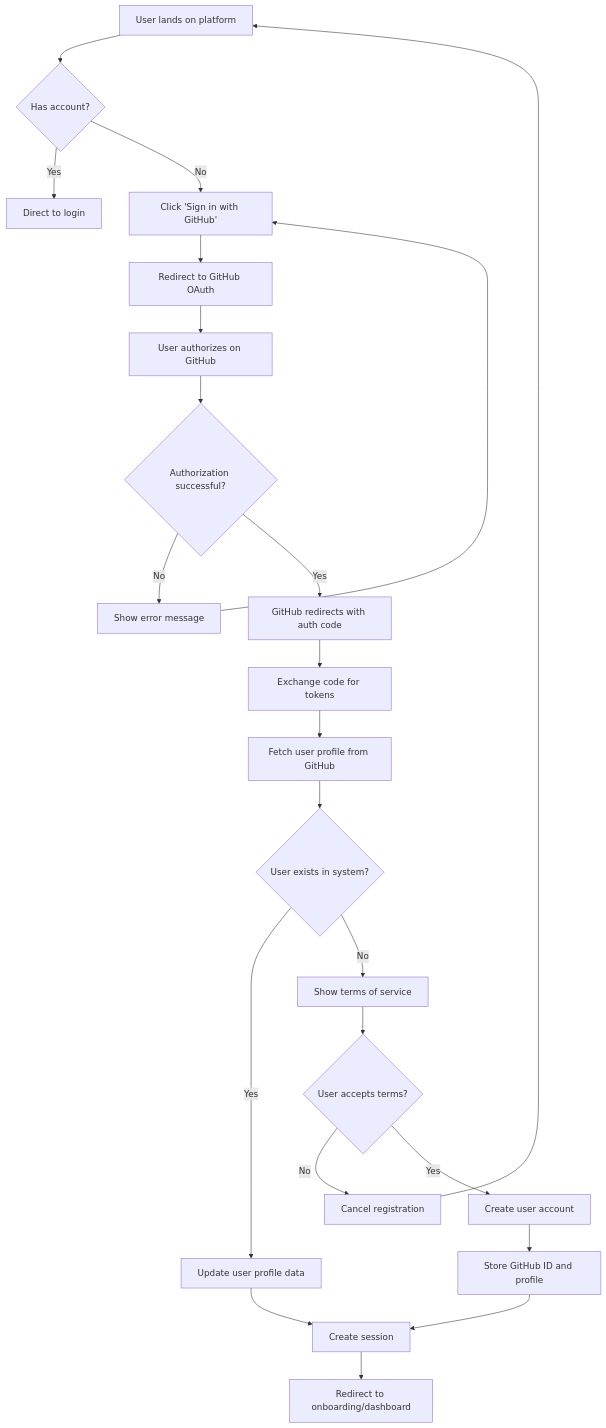
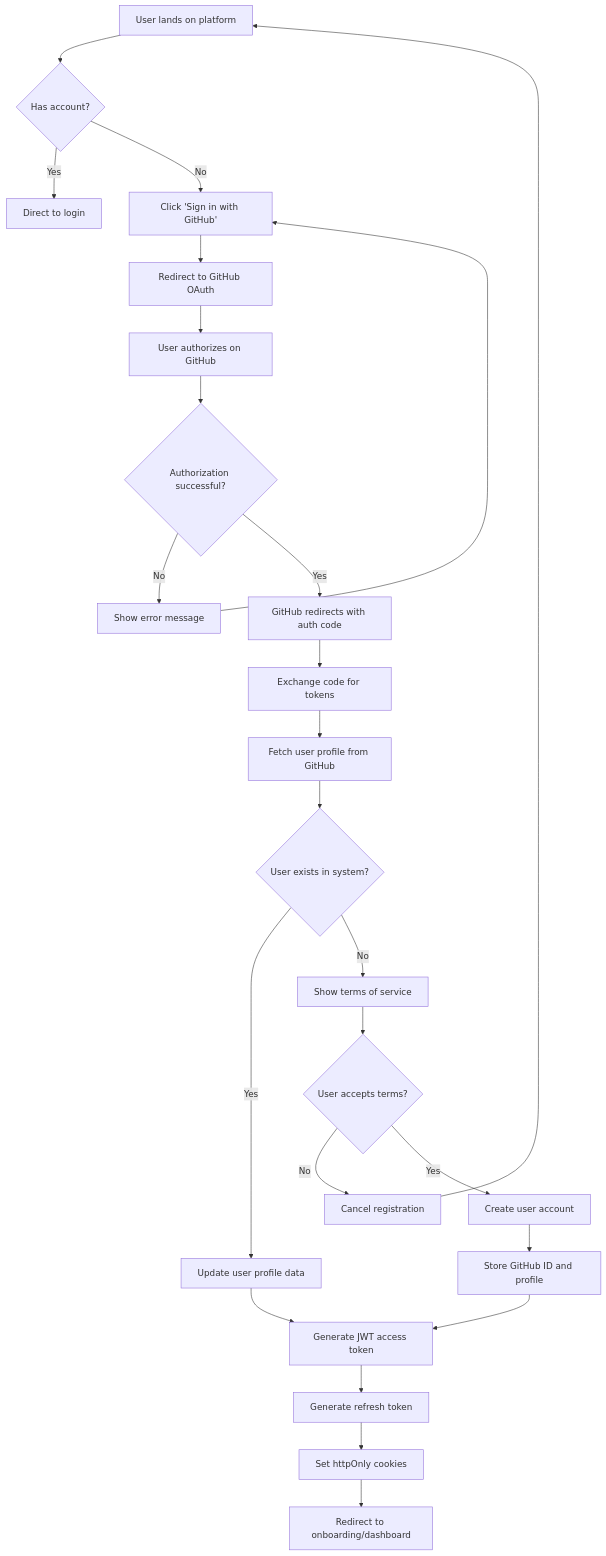
The diagram in docs/content/r&d/user-journeys/0001-user-registration.md (z5labs/battlebots), drawn with Mermaid before and after one commit. The commit also changed other lines of this file and 3 other files, not shown here.

````diff
--- a/docs/content/r&d/user-journeys/0001-user-registration.md
+++ b/docs/content/r&d/user-journeys/0001-user-registration.md
@@ -35,25 +35,27 @@
 ```mermaid
 graph TD
     A[User lands on platform] --> B{Has account?}
     B -->|Yes| C[Direct to login]
     B -->|No| D[Click 'Sign in with GitHub']
     D --> E[Redirect to GitHub OAuth]
     E --> F[User authorizes on GitHub]
     F --> G{Authorization successful?}
     G -->|No| H[Show error message]
     H --> D
     G -->|Yes| I[GitHub redirects with auth code]
     I --> J[Exchange code for tokens]
     J --> K[Fetch user profile from GitHub]
     K --> L{User exists in system?}
     L -->|Yes| M[Update user profile data]
-    M --> N[Create session]
+    M --> N[Generate JWT access token]
     L -->|No| O[Show terms of service]
     O --> P{User accepts terms?}
     P -->|No| Q[Cancel registration]
     Q --> A
     P -->|Yes| R[Create user account]
     R --> S[Store GitHub ID and profile]
     S --> N
-    N --> T[Redirect to onboarding/dashboard]
+    N --> T[Generate refresh token]
+    T --> U[Set httpOnly cookies]
+    U --> V[Redirect to onboarding/dashboard]
 ```
````
